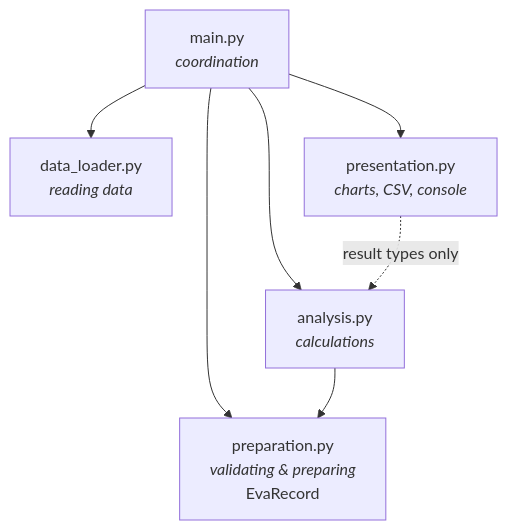
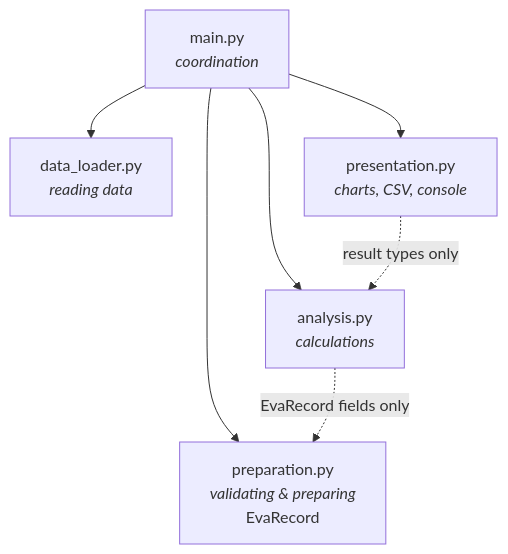
Before and after one commit to NikScorch/SoftwareRaconteurHandoff: the diagram in docs/architecture.md, drawn with Mermaid. The commit also changed other lines of this file and 5 other files, not shown here.

````diff
--- a/docs/architecture.md
+++ b/docs/architecture.md
@@ -93,15 +93,15 @@
 ```mermaid
 flowchart TD
     main["main.py<br/><i>coordination</i>"]
     loader["data_loader.py<br/><i>reading data</i>"]
     prep["preparation.py<br/><i>validating &amp; preparing</i><br/>EvaRecord"]
     analysis["analysis.py<br/><i>calculations</i>"]
     pres["presentation.py<br/><i>charts, CSV, console</i>"]
 
     main --> loader
     main --> prep
     main --> analysis
     main --> pres
-    analysis --> prep
+    analysis -.->|"EvaRecord fields only"| prep
     pres -.->|"result types only"| analysis
 ```
````
